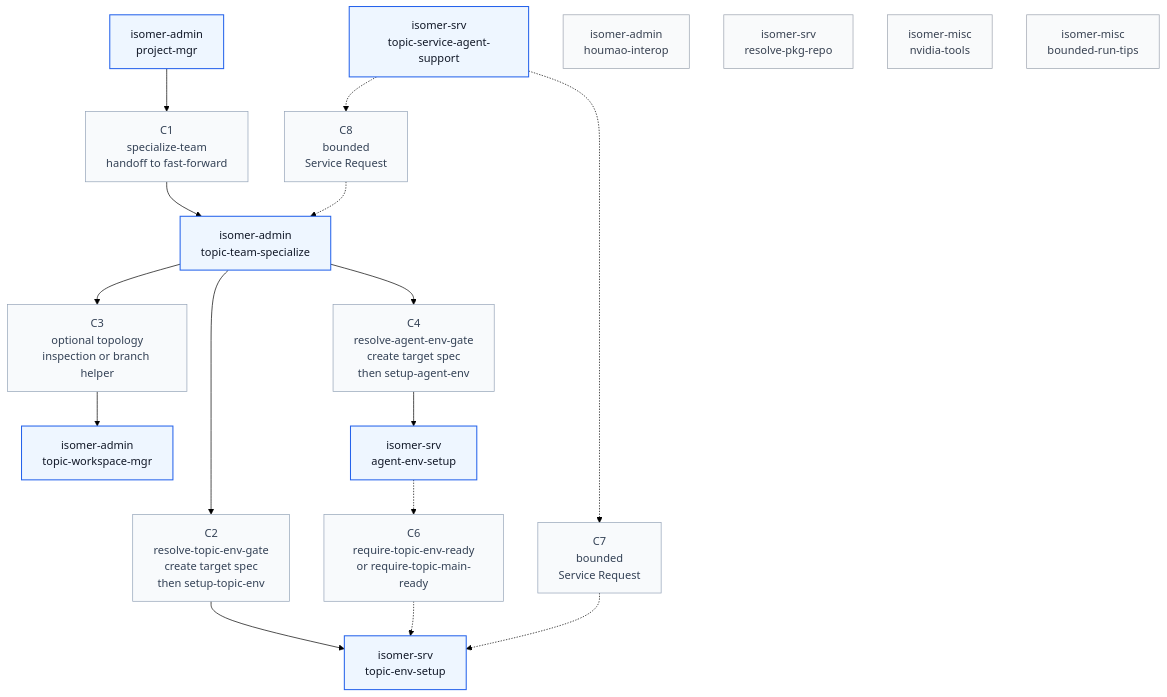
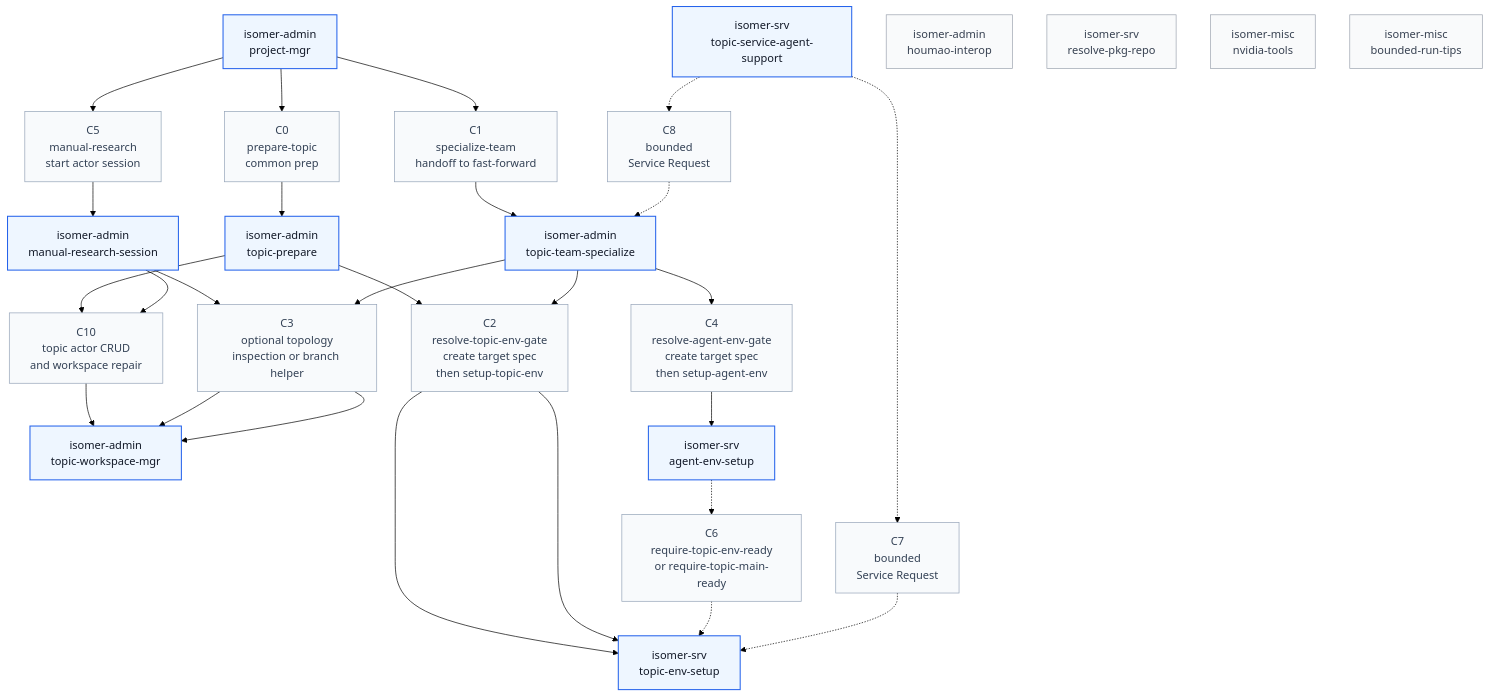
The diagram in skillset/callgraph.md (CodeGandee/isomer-labs), drawn with Mermaid (forest theme) before and after one commit. The commit also changed other lines of this file and 91 other files, not shown here.

Commit message:
feat: add manual research topic workflow

````diff
--- a/skillset/callgraph.md
+++ b/skillset/callgraph.md
@@ -5,37 +5,50 @@
 ```mermaid
 flowchart TD
     classDef skill fill:#eef6ff,stroke:#2563eb,stroke-width:1.5px,color:#111827
     classDef route fill:#f8fafc,stroke:#94a3b8,stroke-width:1px,color:#334155
     classDef isolated fill:#f9fafb,stroke:#9ca3af,color:#374151
 
     PM["isomer-admin<br/>project-mgr"]:::skill
+    TP["isomer-admin<br/>topic-prepare"]:::skill
+    MRS["isomer-admin<br/>manual-research-session"]:::skill
     TTS["isomer-admin<br/>topic-team-specialize"]:::skill
     TWM["isomer-admin<br/>topic-workspace-mgr"]:::skill
     TENV["isomer-srv<br/>topic-env-setup"]:::skill
     AENV["isomer-srv<br/>agent-env-setup"]:::skill
     TSA["isomer-srv<br/>topic-service-agent-support"]:::skill
 
     C1["C1<br/>specialize-team<br/>handoff to fast-forward"]:::route
+    C0["C0<br/>prepare-topic<br/>common prep"]:::route
+    C5["C5<br/>manual-research<br/>start actor session"]:::route
+    C10["C10<br/>topic actor CRUD<br/>and workspace repair"]:::route
     C2["C2<br/>resolve-topic-env-gate<br/>create target spec<br/>then setup-topic-env"]:::route
     C3["C3<br/>optional topology<br/>inspection or branch helper"]:::route
     C4["C4<br/>resolve-agent-env-gate<br/>create target spec<br/>then setup-agent-env"]:::route
     C6["C6<br/>require-topic-env-ready<br/>or require-topic-main-ready"]:::route
     C7["C7<br/>bounded<br/>Service Request"]:::route
     C8["C8<br/>bounded<br/>Service Request"]:::route
 
+    PM --> C0 --> TP
+    PM --> C5 --> MRS
     PM --> C1 --> TTS
+
+    TP --> C2 --> TENV
+    TP --> C10 --> TWM
+
+    MRS --> C10
+    MRS --> C3 --> TWM
 
     TTS --> C2 --> TENV
     TTS --> C3 --> TWM
     TTS --> C4 --> AENV
 
     AENV -.-> C6 -.-> TENV
 
     TSA -.-> C7 -.-> TENV
     TSA -.-> C8 -.-> TTS
 
     HOU["isomer-admin<br/>houmao-interop"]:::isolated
     PKG["isomer-srv<br/>resolve-pkg-repo"]:::isolated
     NVIDIA["isomer-misc<br/>nvidia-tools"]:::isolated
     BOUNDED["isomer-misc<br/>bounded-run-tips"]:::isolated
 ```
````
